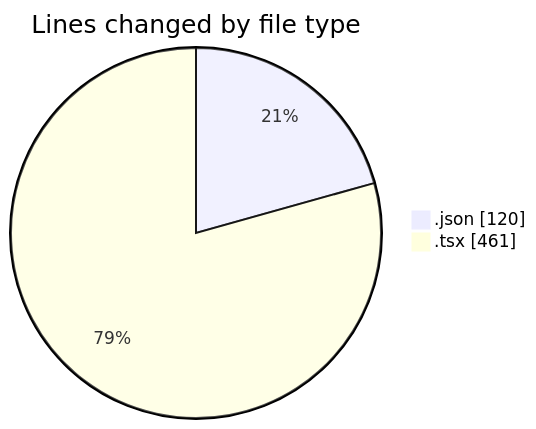
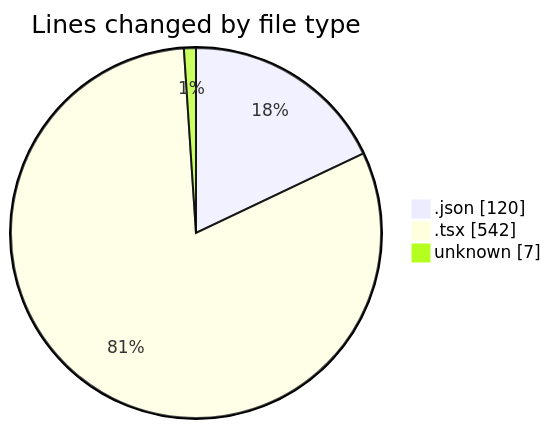
One commit to 3Nya3/code-tracking changed the first of 2 diagrams in 2024-12-31/nyah/README.md. Above: the diagram before and after it, drawn with Mermaid. The commit also changed other lines of this file and 1 other file, not shown here.

````diff
--- a/2024-12-31/nyah/README.md
+++ b/2024-12-31/nyah/README.md
@@ -21,6 +22,7 @@
 ```mermaid
 pie showData
 title Lines changed by file type
 ".json" : 120
-".tsx" : 461
+".tsx" : 542
+"unknown" : 7
 ```
````
